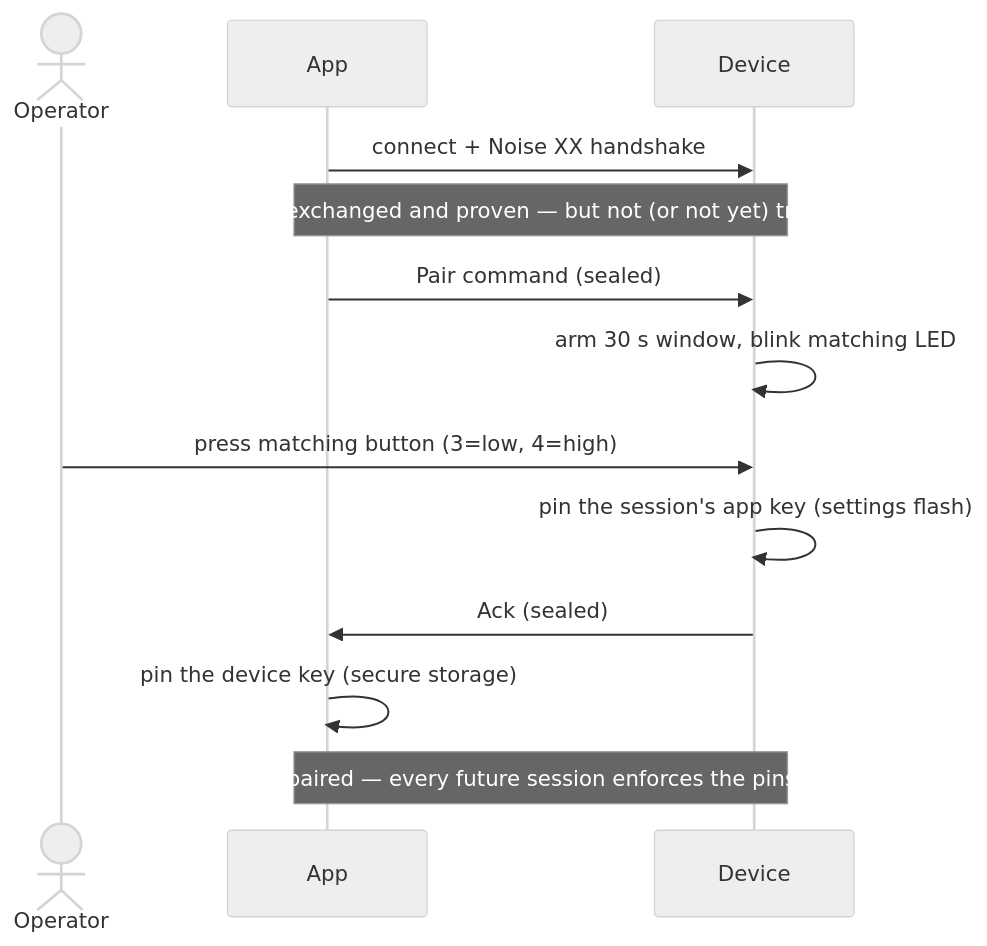
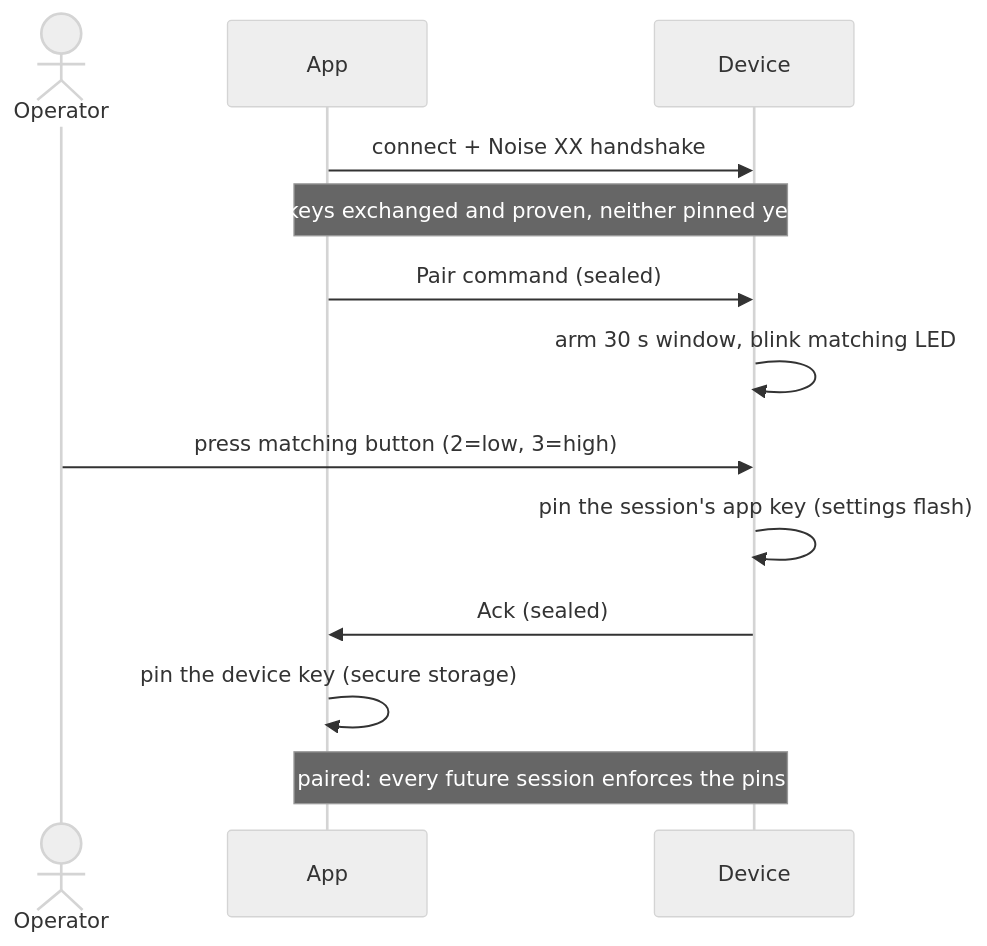
One commit to stonygrey/BlueConnect changed the fourth of 4 diagrams in documents/noise-security.md. Above: the diagram before and after it, drawn with Mermaid (neutral theme). The commit also changed other lines of this file and 621 other files, not shown here.

````diff
--- a/documents/noise-security.md
+++ b/documents/noise-security.md
@@ -310,16 +312,16 @@
 ```mermaid
 sequenceDiagram
     actor U as Operator
     participant A as App
     participant D as Device
 
     A->>D: connect + Noise XX handshake
-    Note over A,D: keys exchanged and proven — but not (or not yet) trusted
+    Note over A,D: keys exchanged and proven, neither pinned yet
     A->>D: Pair command (sealed)
     D->>D: arm 30 s window, blink matching LED
-    U->>D: press matching button (3=low, 4=high)
+    U->>D: press matching button (2=low, 3=high)
     D->>D: pin the session's app key (settings flash)
     D->>A: Ack (sealed)
     A->>A: pin the device key (secure storage)
-    Note over A,D: paired — every future session enforces the pins
+    Note over A,D: paired: every future session enforces the pins
 ```
````
